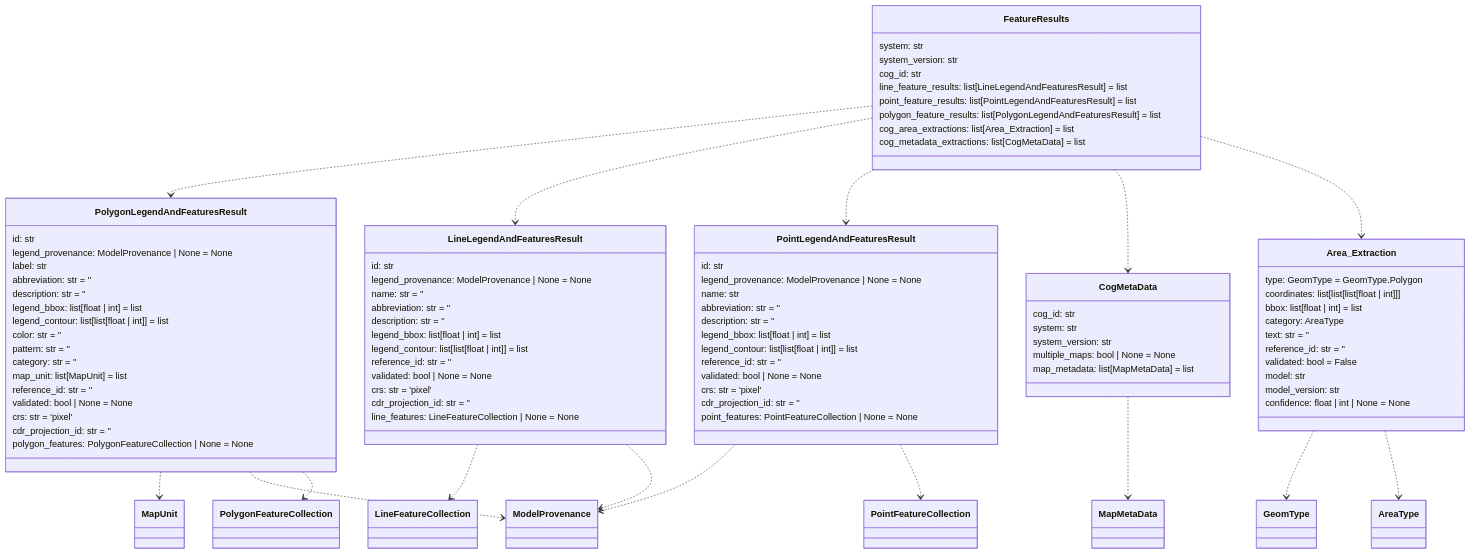
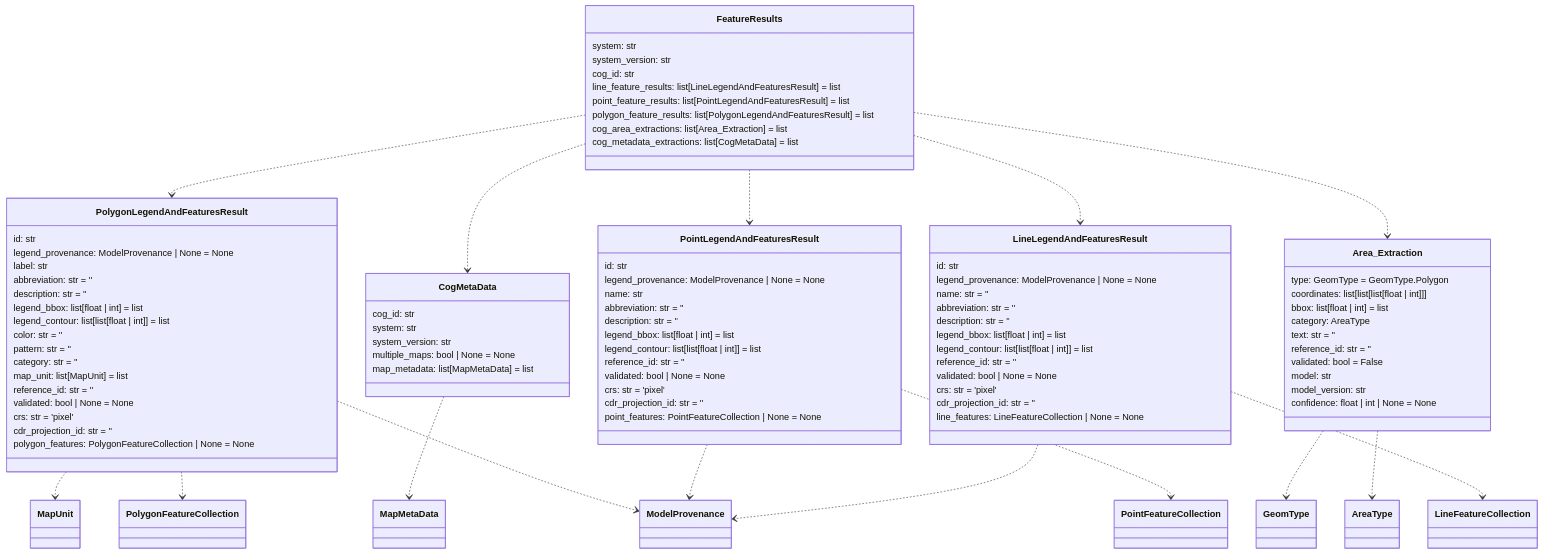
One commit to DARPA-CRITICALMAAS/cdr_schemas changed the fourth of 14 diagrams in README.md. Above: the diagram before and after it, drawn with Mermaid. The commit also changed other lines of this file and 1 other file, not shown here.

````diff
--- a/README.md
+++ b/README.md
@@ -258,5 +258,16 @@
 ```mermaid
 classDiagram
+
+    class FeatureResults {
+        system: str
+        system_version: str
+        cog_id: str
+        line_feature_results: list[LineLegendAndFeaturesResult] = list
+        point_feature_results: list[PointLegendAndFeaturesResult] = list
+        polygon_feature_results: list[PolygonLegendAndFeaturesResult] = list
+        cog_area_extractions: list[Area_Extraction] = list
+        cog_metadata_extractions: list[CogMetaData] = list
+    }
 
     class PolygonLegendAndFeaturesResult {
         id: str
@@ -277,19 +288,12 @@
         polygon_features: PolygonFeatureCollection | None = None
     }
 
-    class LineLegendAndFeaturesResult {
-        id: str
-        legend_provenance: ModelProvenance | None = None
-        name: str = ''
-        abbreviation: str = ''
-        description: str = ''
-        legend_bbox: list[float | int] = list
-        legend_contour: list[list[float | int]] = list
-        reference_id: str = ''
-        validated: bool | None = None
-        crs: str = 'pixel'
-        cdr_projection_id: str = ''
-        line_features: LineFeatureCollection | None = None
+    class CogMetaData {
+        cog_id: str
+        system: str
+        system_version: str
+        multiple_maps: bool | None = None
+        map_metadata: list[MapMetaData] = list
     }
 
     class PointLegendAndFeaturesResult {
@@ -307,25 +311,6 @@
         point_features: PointFeatureCollection | None = None
     }
 
-    class CogMetaData {
-        cog_id: str
-        system: str
-        system_version: str
-        multiple_maps: bool | None = None
-        map_metadata: list[MapMetaData] = list
-    }
-
-    class FeatureResults {
-        system: str
-        system_version: str
-        cog_id: str
-        line_feature_results: list[LineLegendAndFeaturesResult] = list
-        point_feature_results: list[PointLegendAndFeaturesResult] = list
-        polygon_feature_results: list[PolygonLegendAndFeaturesResult] = list
-        cog_area_extractions: list[Area_Extraction] = list
-        cog_metadata_extractions: list[CogMetaData] = list
-    }
-
     class Area_Extraction {
         type: GeomType = GeomType.Polygon
         coordinates: list[list[list[float | int]]]
@@ -339,6 +324,21 @@
         confidence: float | int | None = None
     }
 
+    class LineLegendAndFeaturesResult {
+        id: str
+        legend_provenance: ModelProvenance | None = None
+        name: str = ''
+        abbreviation: str = ''
+        description: str = ''
+        legend_bbox: list[float | int] = list
+        legend_contour: list[list[float | int]] = list
+        reference_id: str = ''
+        validated: bool | None = None
+        crs: str = 'pixel'
+        cdr_projection_id: str = ''
+        line_features: LineFeatureCollection | None = None
+    }
+
     Area_Extraction ..> GeomType
     Area_Extraction ..> AreaType
     LineLegendAndFeaturesResult ..> LineFeatureCollection
@@ -346,14 +346,14 @@
     PointLegendAndFeaturesResult ..> ModelProvenance
     PointLegendAndFeaturesResult ..> PointFeatureCollection
     PolygonLegendAndFeaturesResult ..> MapUnit
+    PolygonLegendAndFeaturesResult ..> PolygonFeatureCollection
     PolygonLegendAndFeaturesResult ..> ModelProvenance
-    PolygonLegendAndFeaturesResult ..> PolygonFeatureCollection
     CogMetaData ..> MapMetaData
     FeatureResults ..> PolygonLegendAndFeaturesResult
+    FeatureResults ..> CogMetaData
+    FeatureResults ..> PointLegendAndFeaturesResult
+    FeatureResults ..> Area_Extraction
     FeatureResults ..> LineLegendAndFeaturesResult
-    FeatureResults ..> PointLegendAndFeaturesResult
-    FeatureResults ..> CogMetaData
-    FeatureResults ..> Area_Extraction
 
 
 ```
````
